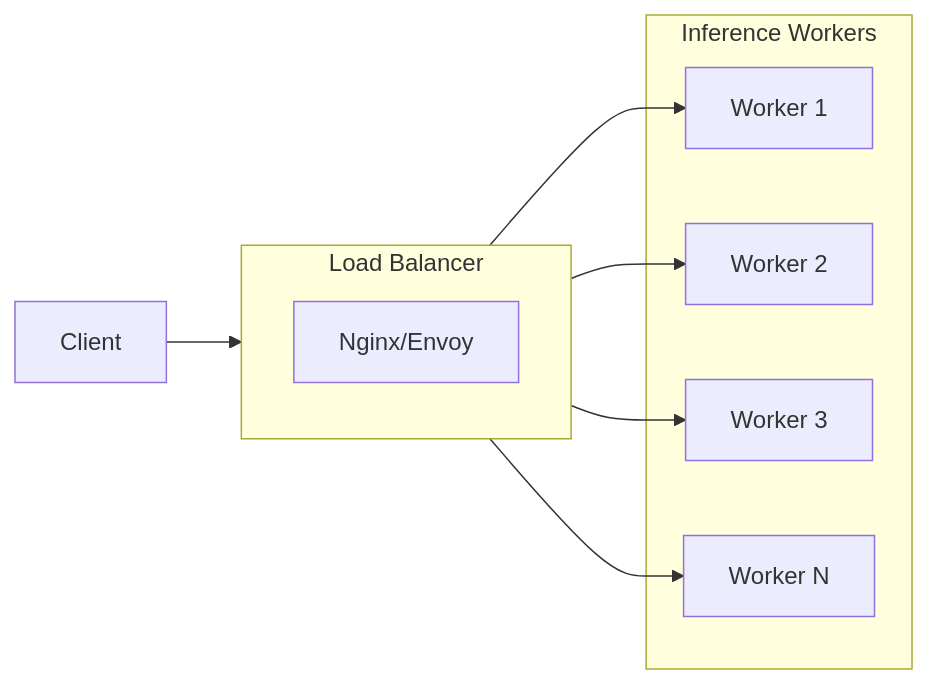
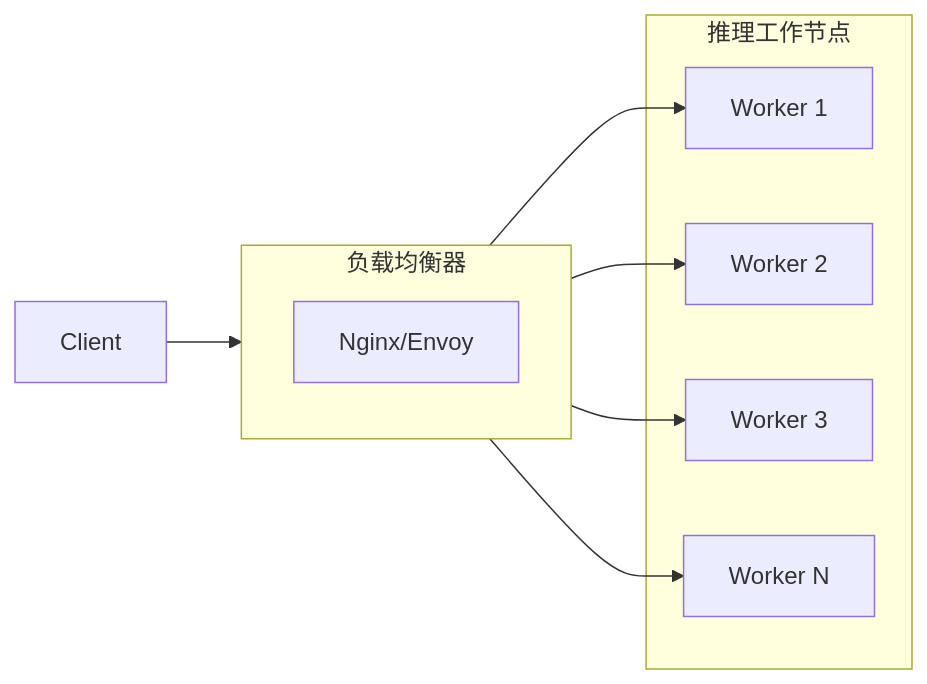
One commit to AICL-Lab/hetero-paged-infer changed the fifth of 5 diagrams in docs/zh/architecture/overview.md. Above: the diagram before and after it, drawn with Mermaid. The commit also changed other lines of this file and 26 other files, not shown here.

````diff
--- a/docs/zh/architecture/overview.md
+++ b/docs/zh/architecture/overview.md
@@ -230,19 +230,19 @@
 ```mermaid
 flowchart LR
-    subgraph LB[Load Balancer]
+    subgraph LB[负载均衡器]
         nginx[Nginx/Envoy]
     end
-    
-    subgraph Workers[Inference Workers]
+
+    subgraph Workers[推理工作节点]
         W1[Worker 1]
         W2[Worker 2]
         W3[Worker 3]
         WN[Worker N]
     end
-    
+
     Client --> LB
     LB --> W1
     LB --> W2
     LB --> W3
     LB --> WN
 ```
````
